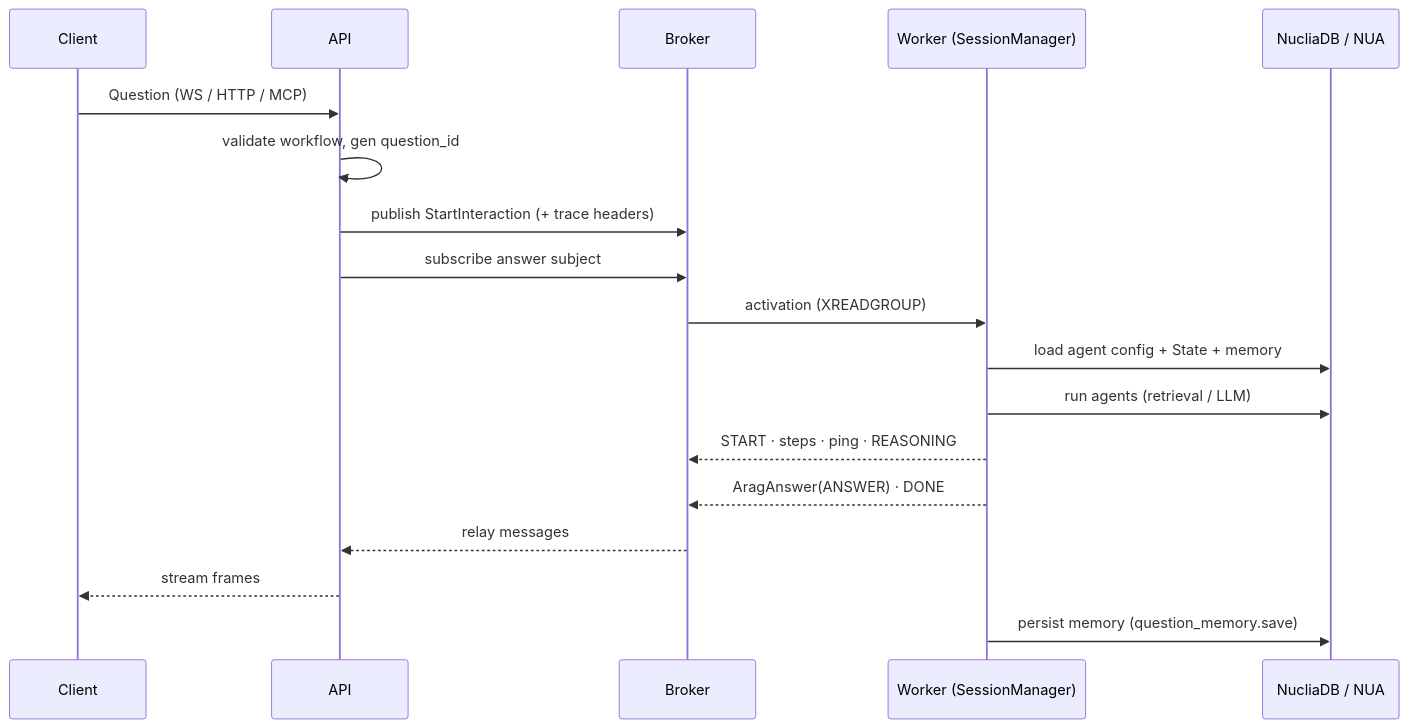
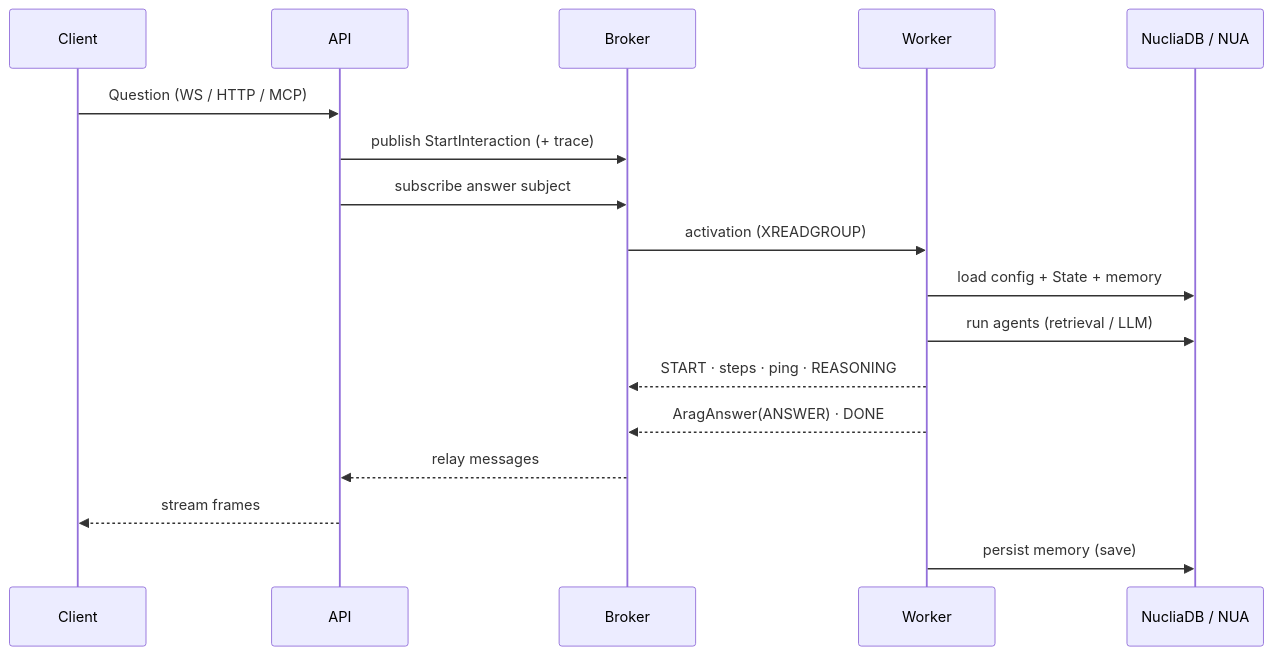
One commit to nuclia/hyperforge changed the third of 6 diagrams in slides.md. Above: the diagram before and after it, drawn with Mermaid. The commit also changed other lines of this file and 3 other files, not shown here.

Commit message:
Basic slides showing architecture

````diff
--- a/slides.md
+++ b/slides.md
@@ -142,21 +132,19 @@
-```mermaid {scale: 0.6}
+```mermaid {scale: 0.5}
 sequenceDiagram
   participant C as Client
   participant A as API
   participant B as Broker
-  participant W as Worker (SessionManager)
+  participant W as Worker
   participant N as NucliaDB / NUA
-
   C->>A: Question (WS / HTTP / MCP)
-  A->>A: validate workflow, gen question_id
-  A->>B: publish StartInteraction (+ trace headers)
+  A->>B: publish StartInteraction (+ trace)
   A->>B: subscribe answer subject
   B->>W: activation (XREADGROUP)
-  W->>N: load agent config + State + memory
+  W->>N: load config + State + memory
   W->>N: run agents (retrieval / LLM)
   W-->>B: START · steps · ping · REASONING
   W-->>B: AragAnswer(ANSWER) · DONE
   B-->>A: relay messages
   A-->>C: stream frames
-  W->>N: persist memory (question_memory.save)
+  W->>N: persist memory (save)
 ```
````
